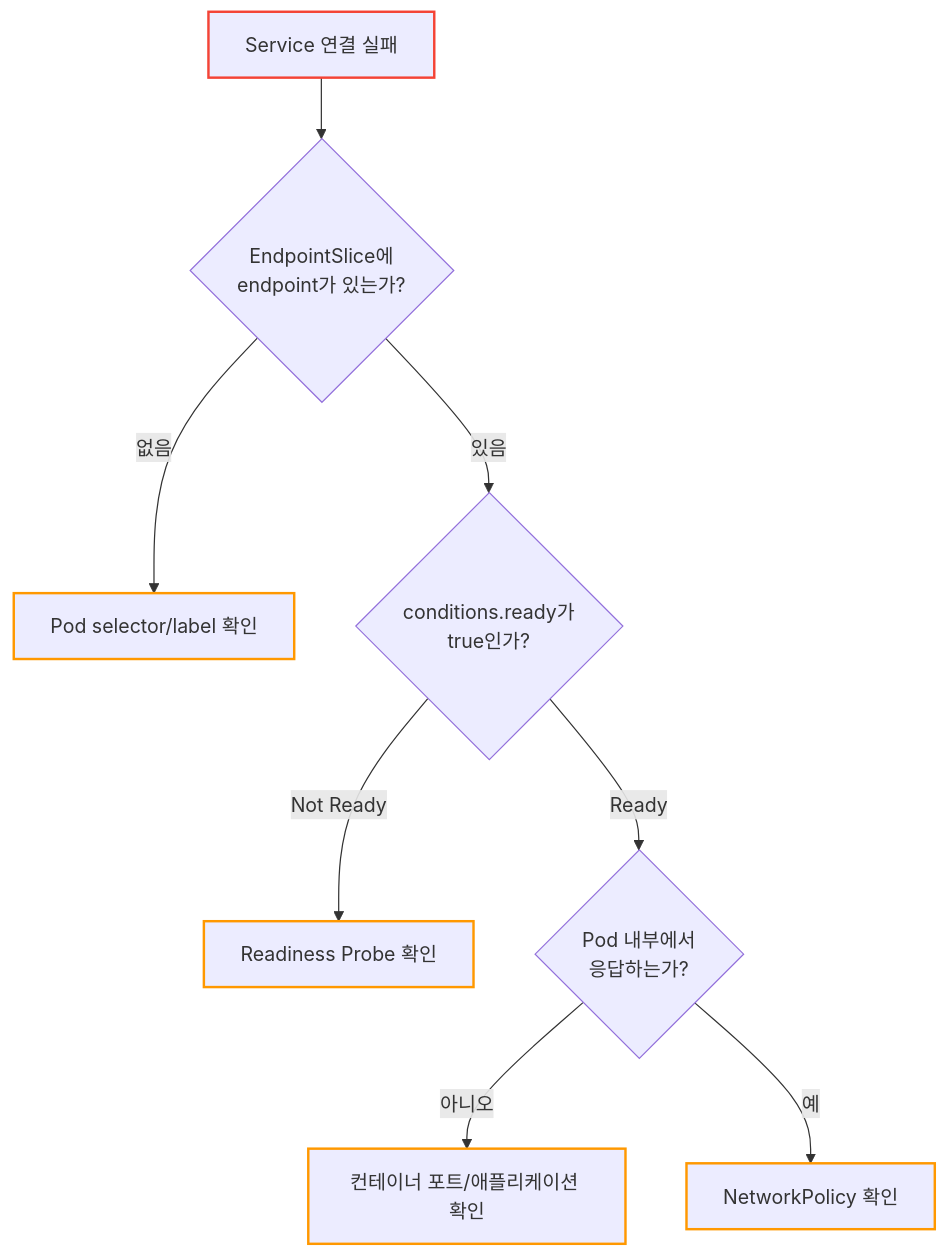
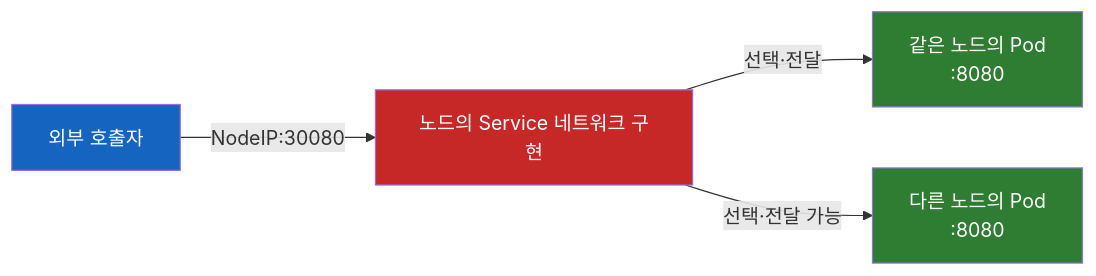
Before and after one commit to sskim91/TIL: the first of 2 diagrams in kubernetes/Kubernetes-Service-ClusterIP-NodePort-LoadBalancer.md, drawn with Mermaid. The commit also changed other lines of this file and 39 other files, not shown here.

````diff
--- a/kubernetes/Kubernetes-Service-ClusterIP-NodePort-LoadBalancer.md
+++ b/kubernetes/Kubernetes-Service-ClusterIP-NodePort-LoadBalancer.md
@@ -670,16 +127,10 @@
 ```mermaid
-flowchart TB
-    A["Service 연결 실패"] --> B{"EndpointSlice에<br>endpoint가 있는가?"}
-    B -->|"없음"| C["Pod selector/label 확인"]
-    B -->|"있음"| D{"conditions.ready가<br>true인가?"}
-    D -->|"Not Ready"| E["Readiness Probe 확인"]
-    D -->|"Ready"| F{"Pod 내부에서<br>응답하는가?"}
-    F -->|"아니오"| G["컨테이너 포트/애플리케이션 확인"]
-    F -->|"예"| H["NetworkPolicy 확인"]
-
-    style A stroke:#f44336,stroke-width:2px
-    style C stroke:#FF9800,stroke-width:2px
-    style E stroke:#FF9800,stroke-width:2px
-    style G stroke:#FF9800,stroke-width:2px
-    style H stroke:#FF9800,stroke-width:2px
+flowchart LR
+    C["외부 호출자"] -->|"NodeIP:30080"| N["노드의 Service 네트워크 구현"]
+    N -->|"선택·전달"| P1["같은 노드의 Pod<br>:8080"]
+    N -->|"선택·전달 가능"| P2["다른 노드의 Pod<br>:8080"]
+    style C fill:#1565C0,color:#fff
+    style N fill:#C62828,color:#fff
+    style P1 fill:#2E7D32,color:#fff
+    style P2 fill:#2E7D32,color:#fff
 ```
````
